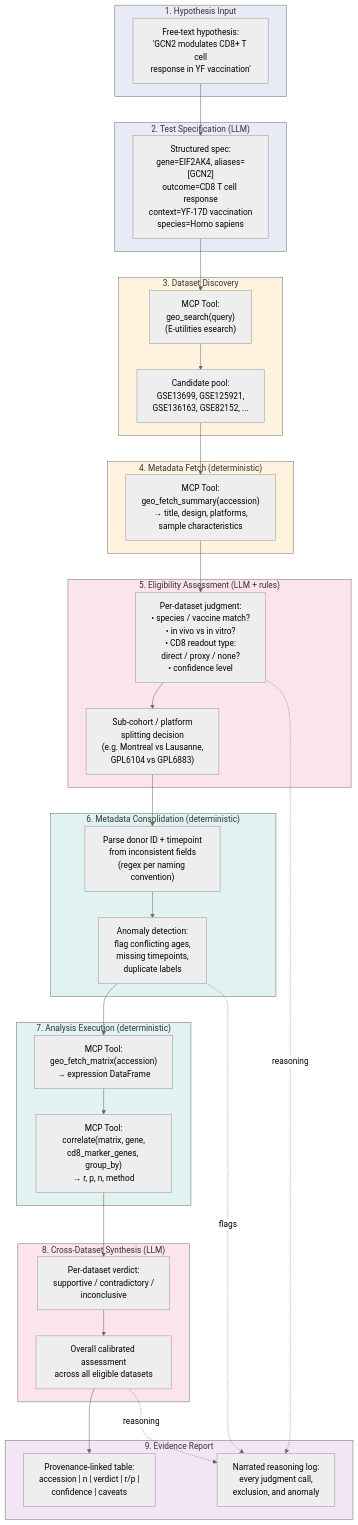
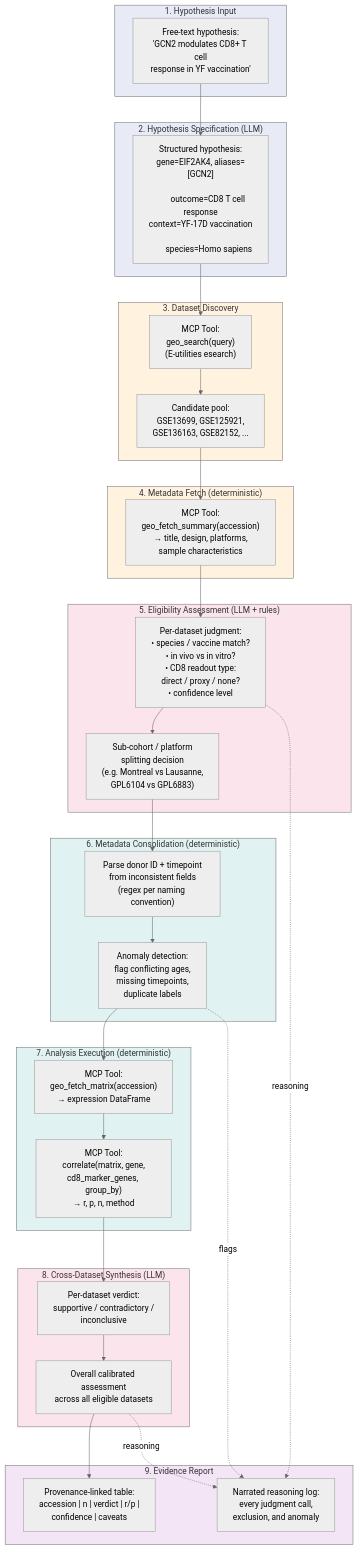
The diagram in architecture.md (yijun-nih/projects), drawn with Mermaid (neutral theme) before and after one commit. The commit also changed 10 other files, not shown here.

First line of the commit message:
Define schema contracts for judge outputs and provenance

````diff
--- a/architecture.md
+++ b/architecture.md
@@ -1,60 +1,62 @@
 ```mermaid
 flowchart TB
     subgraph INPUT["1. Hypothesis Input"]
         H["Free-text hypothesis:\n'GCN2 modulates CD8+ T cell\nresponse in YF vaccination'"]
     end
 
-    subgraph SPEC["2. Test Specification (LLM)"]
-        S["Structured spec:\ngene=EIF2AK4, aliases=[GCN2]\noutcome=CD8 T cell response\ncontext=YF-17D vaccination\nspecies=Homo sapiens"]
+    subgraph SPEC["2. Hypothesis Specification (LLM)"]
+        S["Structured hypothesis:<br/>gene=EIF2AK4, aliases=[GCN2]<br/>
+        outcome=CD8 T cell response<br/>context=YF-17D vaccination<br/>
+        species=Homo sapiens"]
     end
 
     subgraph DISCOVER["3. Dataset Discovery"]
         D1["MCP Tool:\ngeo_search(query)\n(E-utilities esearch)"]
         D2["Candidate pool:\nGSE13699, GSE125921,\nGSE136163, GSE82152, ..."]
     end
 
     subgraph FETCH["4. Metadata Fetch (deterministic)"]
         F1["MCP Tool:\ngeo_fetch_summary(accession)\n→ title, design, platforms,\nsample characteristics"]
     end
 
     subgraph ELIGIBILITY["5. Eligibility Assessment (LLM + rules)"]
         E1["Per-dataset judgment:\n• species / vaccine match?\n• in vivo vs in vitro?\n• CD8 readout type:\n  direct / proxy / none?\n• confidence level"]
         E2["Sub-cohort / platform\nsplitting decision\n(e.g. Montreal vs Lausanne,\nGPL6104 vs GPL6883)"]
     end
 
     subgraph PARSE["6. Metadata Consolidation (deterministic)"]
         P1["Parse donor ID + timepoint\nfrom inconsistent fields\n(regex per naming convention)"]
         P2["Anomaly detection:\nflag conflicting ages,\nmissing timepoints,\nduplicate labels"]
     end
 
     subgraph ANALYZE["7. Analysis Execution (deterministic)"]
         A1["MCP Tool:\ngeo_fetch_matrix(accession)\n→ expression DataFrame"]
         A2["MCP Tool:\ncorrelate(matrix, gene,\ncd8_marker_genes, group_by)\n→ r, p, n, method"]
     end
 
     subgraph SYNTH["8. Cross-Dataset Synthesis (LLM)"]
         SY1["Per-dataset verdict:\nsupportive / contradictory /\ninconclusive"]
         SY2["Overall calibrated assessment\nacross all eligible datasets"]
     end
 
     subgraph REPORT["9. Evidence Report"]
         R1["Provenance-linked table:\naccession | n | verdict | r/p |\nconfidence | caveats"]
         R2["Narrated reasoning log:\nevery judgment call,\nexclusion, and anomaly"]
     end
 
     H --> S --> D1 --> D2 --> F1 --> E1
     E1 --> E2 --> P1 --> P2 --> A1 --> A2 --> SY1 --> SY2 --> R1
     P2 -.flags.-> R2
     E1 -.reasoning.-> R2
     SY2 -.reasoning.-> R2
 
     style INPUT fill:#e8eaf6
     style SPEC fill:#e8eaf6
     style DISCOVER fill:#fff3e0
     style FETCH fill:#fff3e0
     style ELIGIBILITY fill:#fce4ec
     style PARSE fill:#e0f2f1
     style ANALYZE fill:#e0f2f1
     style SYNTH fill:#fce4ec
     style REPORT fill:#f3e5f5
 ```
````
